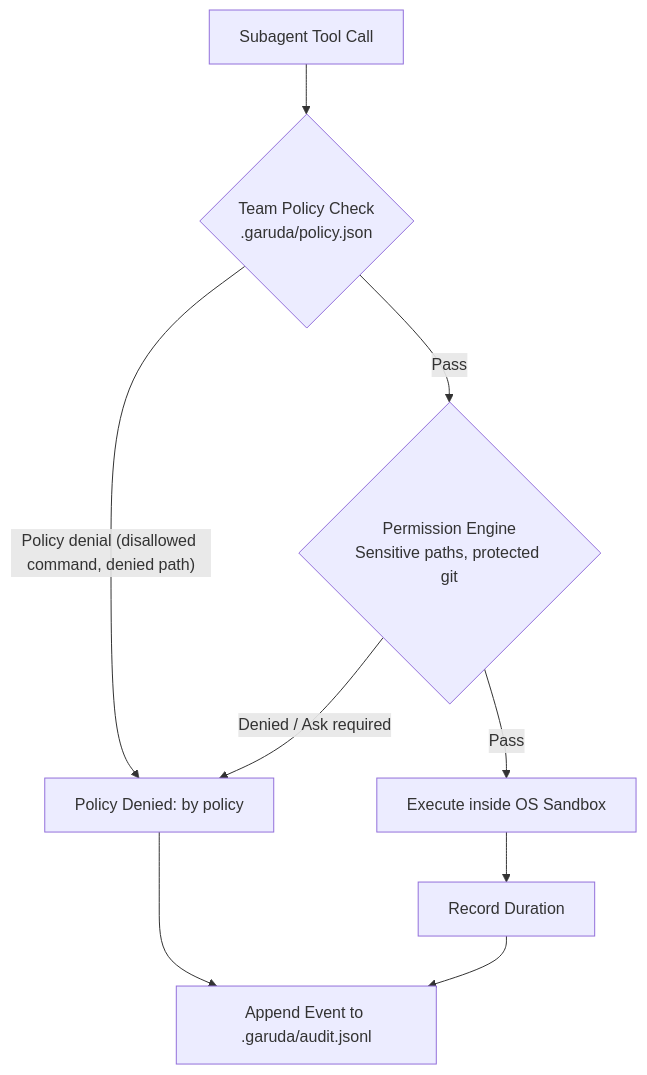
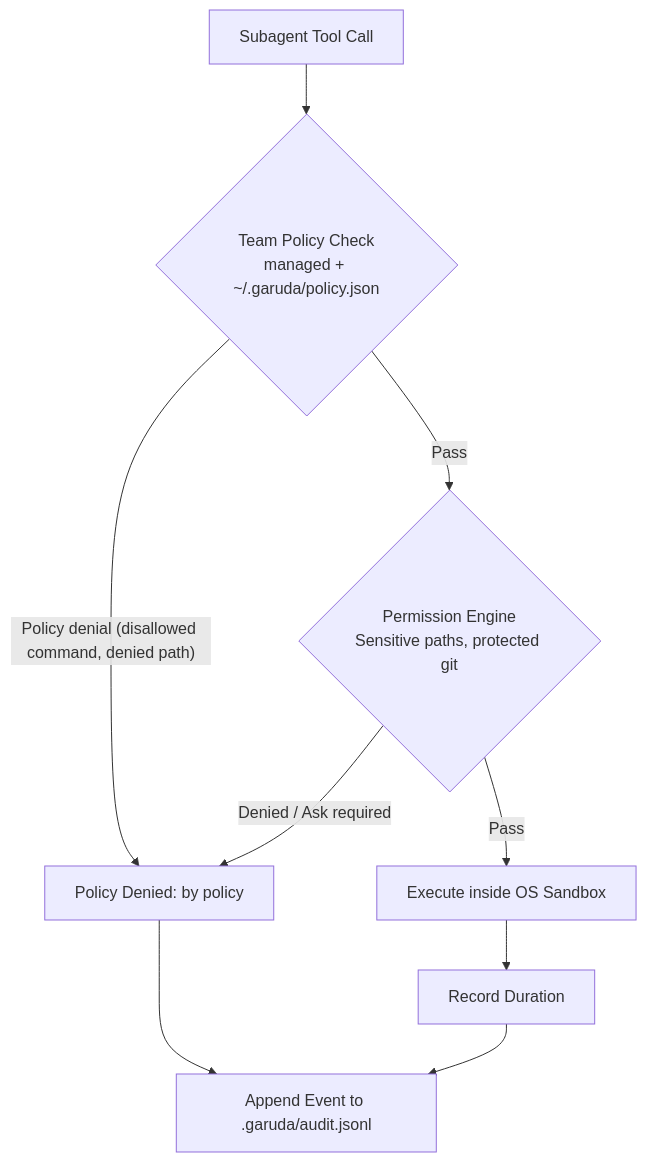
The fifth of 5 diagrams in docs/lld/agents.md (madhu-sv/garuda), drawn with Mermaid before and after one commit. The commit also changed other lines of this file and 17 other files, not shown here.

````diff
--- a/docs/lld/agents.md
+++ b/docs/lld/agents.md
@@ -294,11 +294,11 @@
 ```mermaid
 flowchart TD
-  ChildCall[Subagent Tool Call] --> Step0{Team Policy Check<br/>.garuda/policy.json}
+  ChildCall[Subagent Tool Call] --> Step0{Team Policy Check<br/>managed + ~/.garuda/policy.json}
   Step0 -- "Policy denial (disallowed command, denied path)" --> Reject[Policy Denied: by policy]
   Step0 -- "Pass" --> Perms{Permission Engine<br/>Sensitive paths, protected git}
   Perms -- "Denied / Ask required" --> Reject
   Perms -- "Pass" --> Sandbox[Execute inside OS Sandbox]
   Sandbox --> Duration[Record Duration]
   Duration --> AuditLog[Append Event to .garuda/audit.jsonl]
   Reject --> AuditLog
 ```
````
